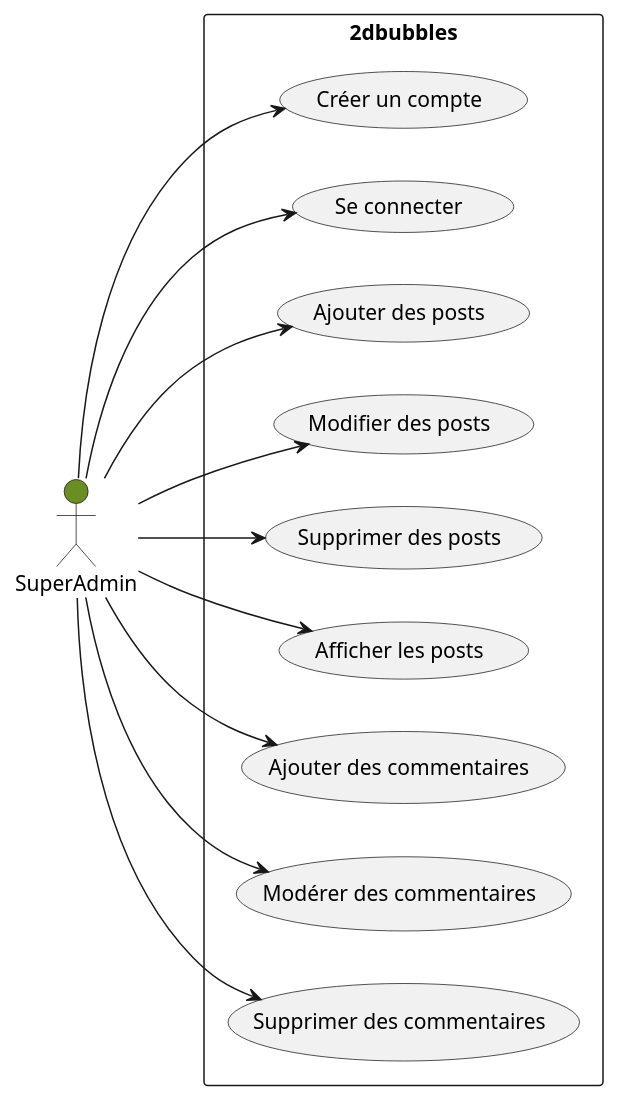
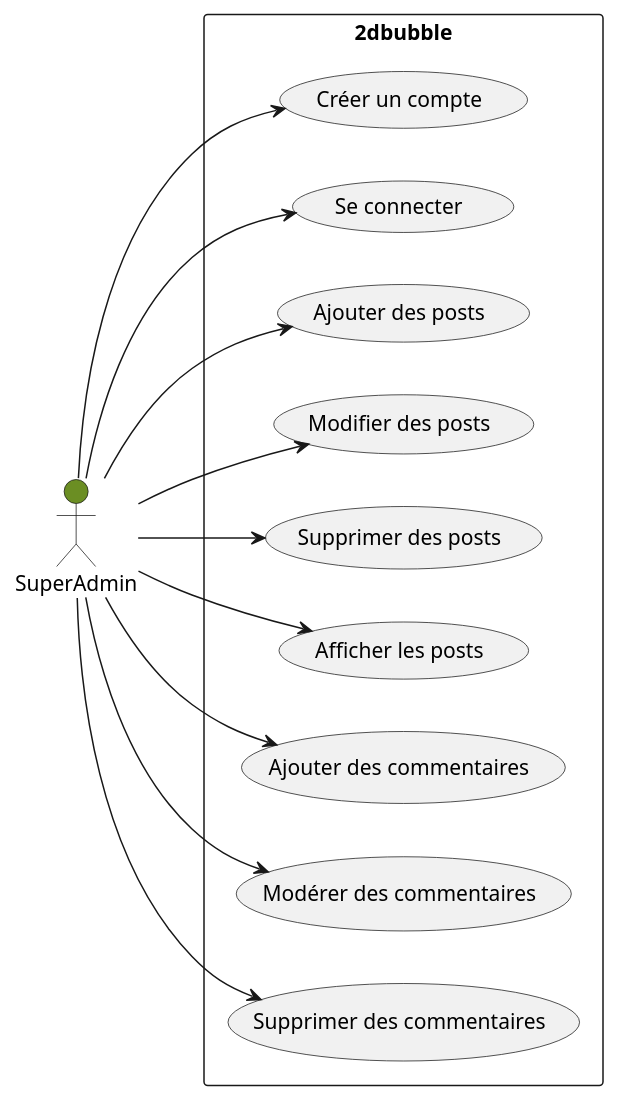
The diagram in diagrammes-uml/UserCase/UserSuperAdmin.puml (laurasullyalexandrine/the2dbubbles), drawn with PlantUML before and after one commit. The commit also changed 26 other files, not shown here.

```diff
--- a/diagrammes-uml/UserCase/UserSuperAdmin.puml
+++ b/diagrammes-uml/UserCase/UserSuperAdmin.puml
@@ -2,29 +2,29 @@
 @startuml SuperAdmin
 
 left to right direction
 
 actor "SuperAdmin" as SuperAdmin #OliveDrab
 
-rectangle 2dbubbles {
+rectangle 2dbubble{
   usecase "Créer un compte" as UC1
   usecase "Se connecter" as UC2
   usecase "Ajouter des posts" as UC3
   usecase "Modifier des posts" as UC4
   usecase "Supprimer des posts" as UC5
   usecase "Afficher les posts" as UC6
   usecase "Ajouter des commentaires" as UC7
   usecase "Modérer des commentaires" as UC8
   usecase "Supprimer des commentaires" as UC9
 }
 
 SuperAdmin --> UC1
 SuperAdmin --> UC2
 SuperAdmin --> UC3
 SuperAdmin --> UC4
 SuperAdmin --> UC5
 SuperAdmin --> UC6
 SuperAdmin --> UC7
 SuperAdmin --> UC8
 SuperAdmin --> UC9
 
 @enduml
```
